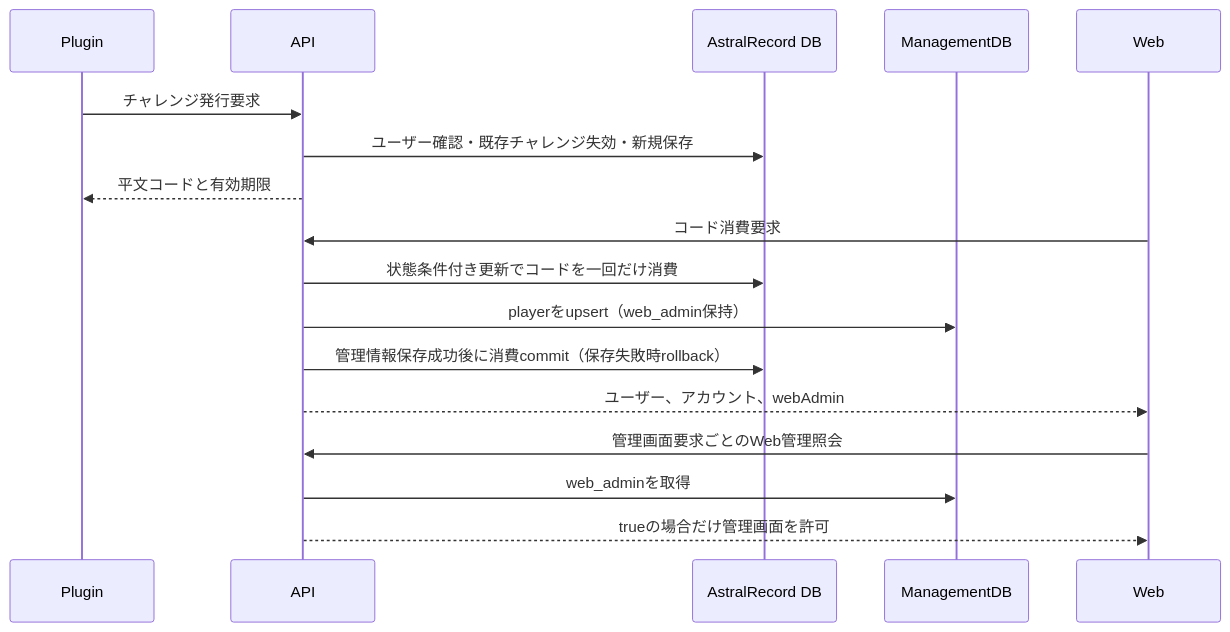
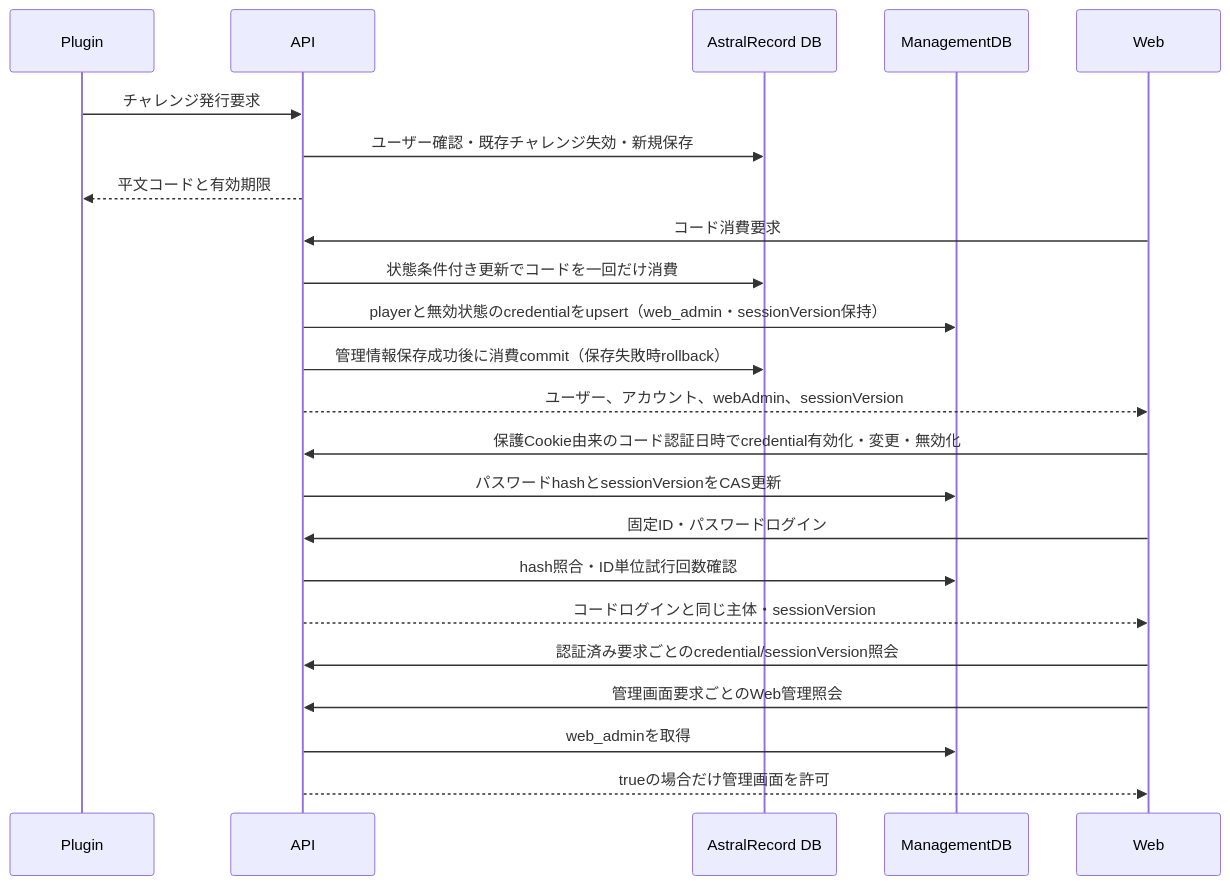
One commit to maaasu/AstralRecord-Workspace changed the diagram in 00_docs/20_API設計書/feature/24-web-auth/4-統合フロー/24_4.00-統合フロー.md. Above: the diagram before and after it, drawn with Mermaid. The commit also changed 21 other files, not shown here.

````diff
--- a/00_docs/20_API設計書/feature/24-web-auth/4-統合フロー/24_4.00-統合フロー.md
+++ b/00_docs/20_API設計書/feature/24-web-auth/4-統合フロー/24_4.00-統合フロー.md
@@ -3,19 +3,25 @@
 ```mermaid
 sequenceDiagram
     participant Plugin
     participant API
     participant GameDB as AstralRecord DB
     participant ManagementDB
     participant Web
     Plugin->>API: チャレンジ発行要求
     API->>GameDB: ユーザー確認・既存チャレンジ失効・新規保存
     API-->>Plugin: 平文コードと有効期限
     Web->>API: コード消費要求
     API->>GameDB: 状態条件付き更新でコードを一回だけ消費
-    API->>ManagementDB: playerをupsert（web_admin保持）
+    API->>ManagementDB: playerと無効状態のcredentialをupsert（web_admin・sessionVersion保持）
     API->>GameDB: 管理情報保存成功後に消費commit（保存失敗時rollback）
-    API-->>Web: ユーザー、アカウント、webAdmin
+    API-->>Web: ユーザー、アカウント、webAdmin、sessionVersion
+    Web->>API: 保護Cookie由来のコード認証日時でcredential有効化・変更・無効化
+    API->>ManagementDB: パスワードhashとsessionVersionをCAS更新
+    Web->>API: 固定ID・パスワードログイン
+    API->>ManagementDB: hash照合・ID単位試行回数確認
+    API-->>Web: コードログインと同じ主体・sessionVersion
+    Web->>API: 認証済み要求ごとのcredential/sessionVersion照会
     Web->>API: 管理画面要求ごとのWeb管理照会
     API->>ManagementDB: web_adminを取得
     API-->>Web: trueの場合だけ管理画面を許可
 ```
````
